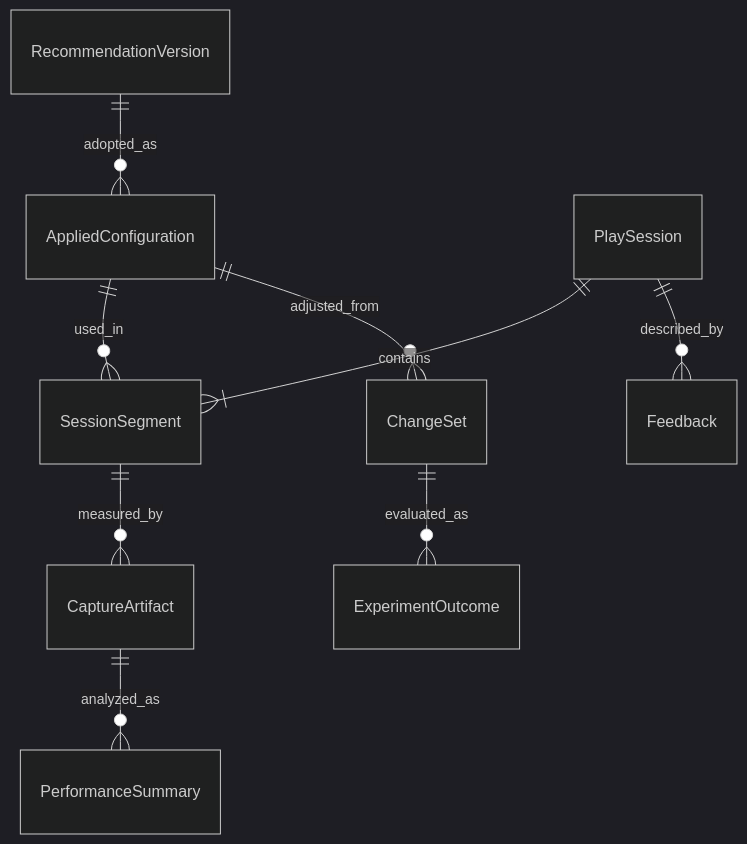
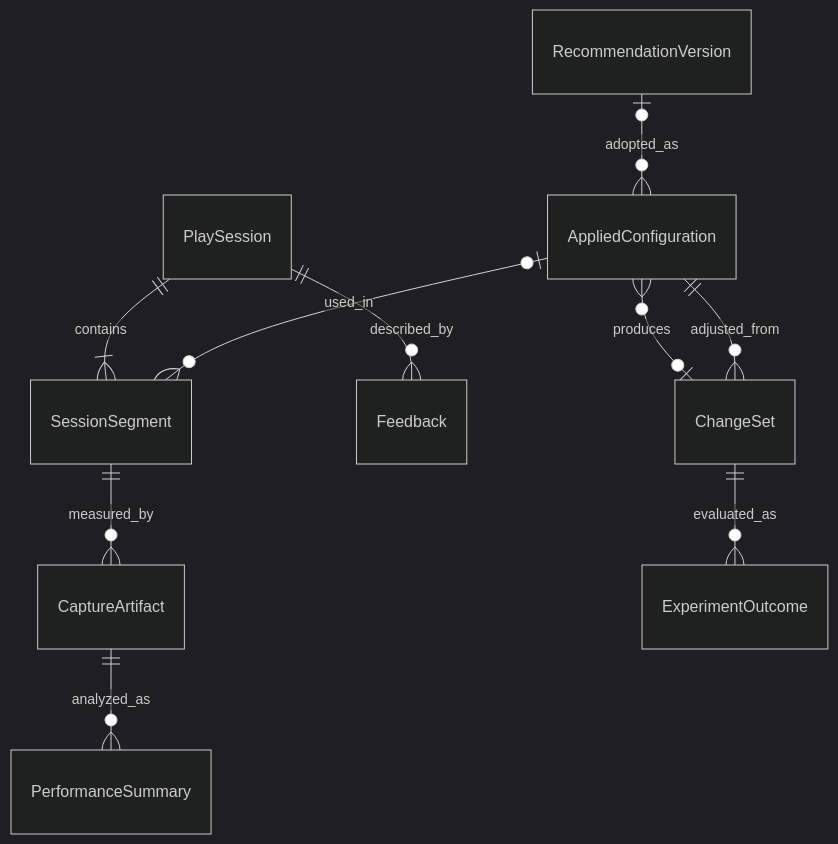
Before and after one commit to YukinoSeren/game-graphics-agent: the second of 2 diagrams in docs/design/07-data-and-architecture.md, drawn with Mermaid (dark theme). The commit also changed other lines of this file and 7 other files, not shown here.

````diff
--- a/docs/design/07-data-and-architecture.md
+++ b/docs/design/07-data-and-architecture.md
@@ -85,11 +93,12 @@
 ```mermaid
 erDiagram
- RecommendationVersion ||--o{ AppliedConfiguration : adopted_as
- AppliedConfiguration ||--o{ SessionSegment : used_in
+ RecommendationVersion |o--o{ AppliedConfiguration : adopted_as
+ AppliedConfiguration |o--o{ SessionSegment : used_in
  PlaySession ||--|{ SessionSegment : contains
  SessionSegment ||--o{ CaptureArtifact : measured_by
  CaptureArtifact ||--o{ PerformanceSummary : analyzed_as
  PlaySession ||--o{ Feedback : described_by
  AppliedConfiguration ||--o{ ChangeSet : adjusted_from
+ ChangeSet |o--o{ AppliedConfiguration : produces
  ChangeSet ||--o{ ExperimentOutcome : evaluated_as
 ```
````
